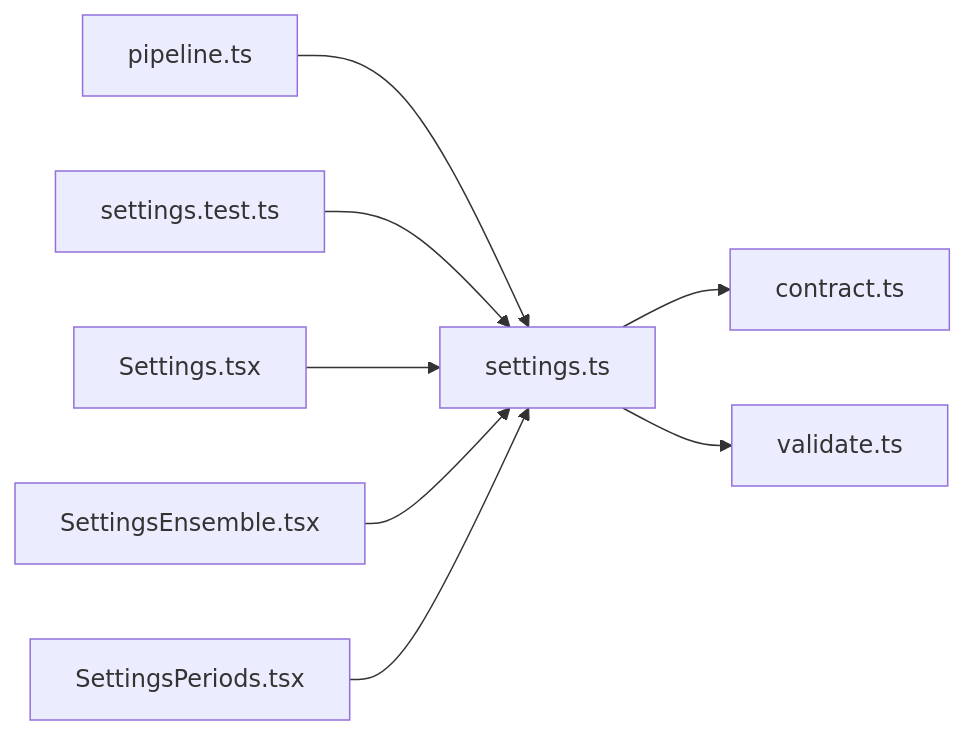
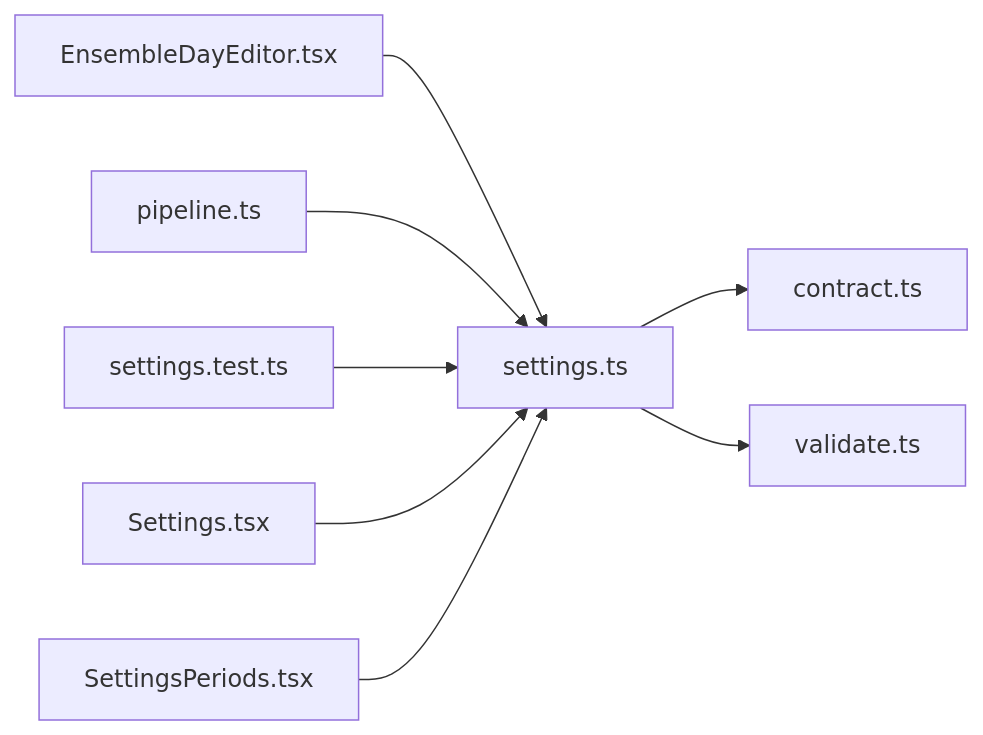
Before and after one commit to minkong-dev/Banblit: the diagram in .cluedoc/graph/frontend/src/lib/settings.md, drawn with Mermaid. The commit also changed other lines of this file and 15 other files, not shown here.

Commit message:
frontend: move the per-day ensemble time editor into components

````diff
--- a/.cluedoc/graph/frontend/src/lib/settings.md
+++ b/.cluedoc/graph/frontend/src/lib/settings.md
@@ -10,11 +10,11 @@
 ```mermaid
 flowchart LR
   frontend_src_lib_settings["settings.ts"]
   frontend_src_lib_settings --> frontend_src_lib_contract["contract.ts"]
   frontend_src_lib_settings --> frontend_src_lib_validate["validate.ts"]
+  frontend_src_components_EnsembleDayEditor["EnsembleDayEditor.tsx"] --> frontend_src_lib_settings
   frontend_src_lib_pipeline["pipeline.ts"] --> frontend_src_lib_settings
   frontend_src_lib_settings_test["settings.test.ts"] --> frontend_src_lib_settings
   frontend_src_routes_Settings["Settings.tsx"] --> frontend_src_lib_settings
-  frontend_src_routes_SettingsEnsemble["SettingsEnsemble.tsx"] --> frontend_src_lib_settings
   frontend_src_routes_SettingsPeriods["SettingsPeriods.tsx"] --> frontend_src_lib_settings
 ```
````
